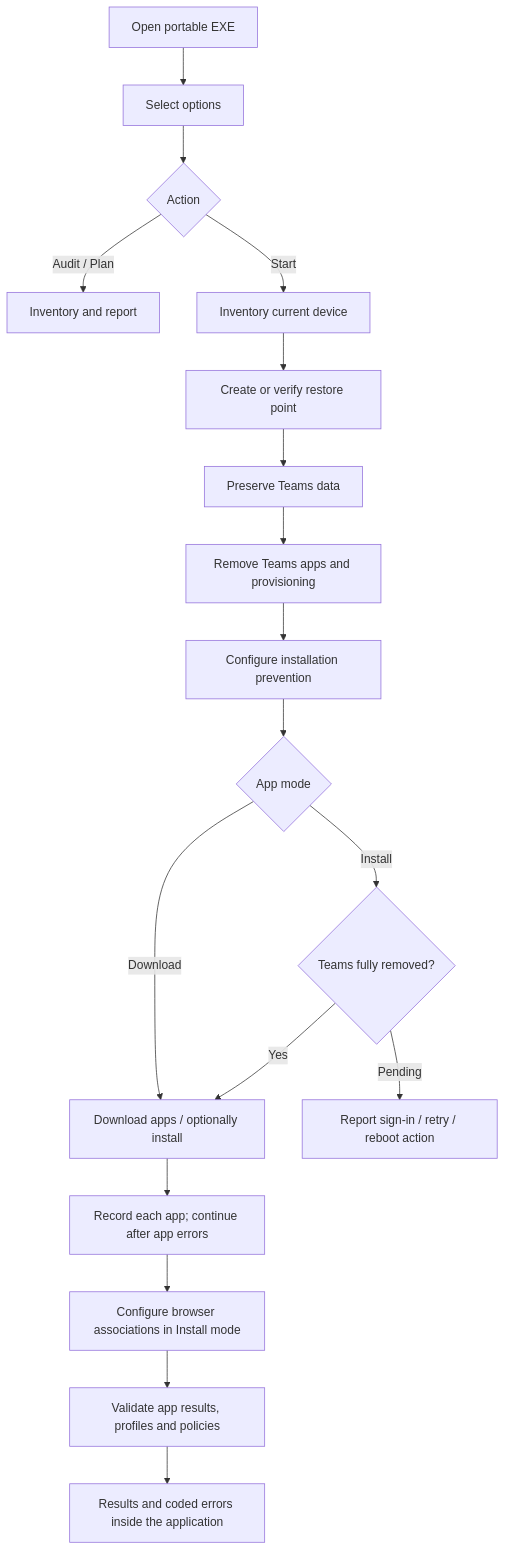
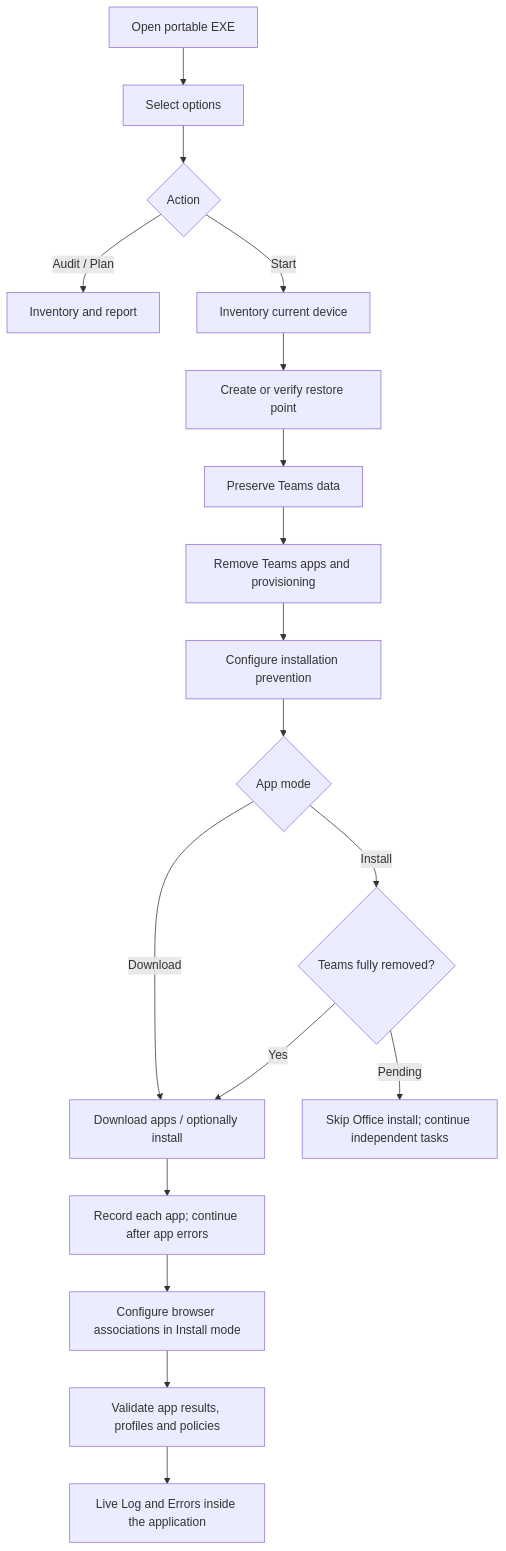
Before and after one commit to vitoriape/tinnosdebloat-win11: the diagram in README.md, drawn with Mermaid. The commit also changed other lines of this file and 15 other files, not shown here.

````diff
--- a/README.md
+++ b/README.md
@@ -231,20 +262,20 @@
 ```mermaid
 flowchart TD
     A[Open portable EXE] --> B[Select options]
     B --> C{Action}
     C -->|Audit / Plan| D[Inventory and report]
     C -->|Start| E[Inventory current device]
     E --> F[Create or verify restore point]
     F --> G[Preserve Teams data]
     G --> H[Remove Teams apps and provisioning]
     H --> I[Configure installation prevention]
     I --> Q{App mode}
     Q -->|Download| L[Download apps / optionally install]
     Q -->|Install| J{Teams fully removed?}
-    J -->|Pending| K[Report sign-in / retry / reboot action]
+    J -->|Pending| K[Skip Office install; continue independent tasks]
     J -->|Yes| L
     L --> M[Record each app; continue after app errors]
     M --> N[Configure browser associations in Install mode]
     N --> O[Validate app results, profiles and policies]
-    O --> P[Results and coded errors inside the application]
+    O --> P[Live Log and Errors inside the application]
 ```
````
